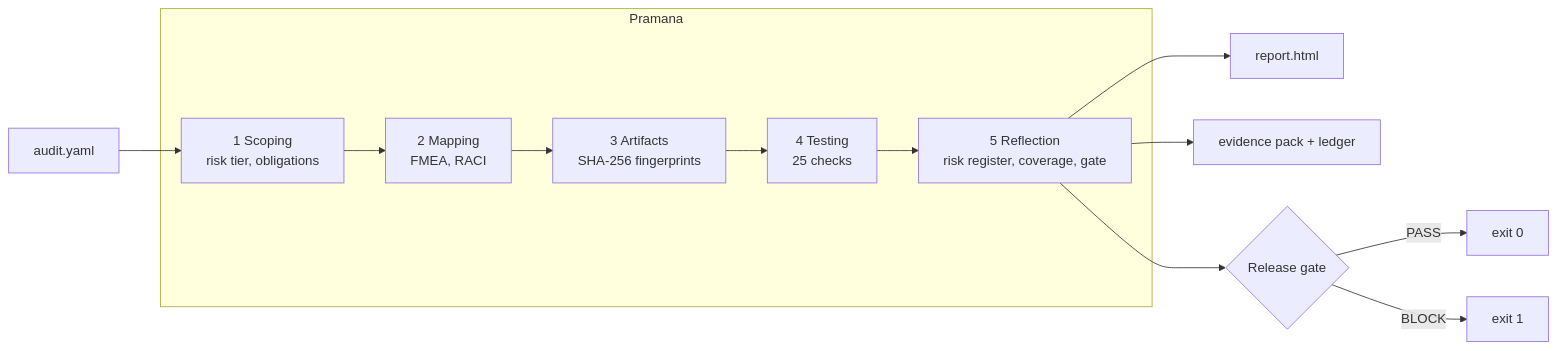
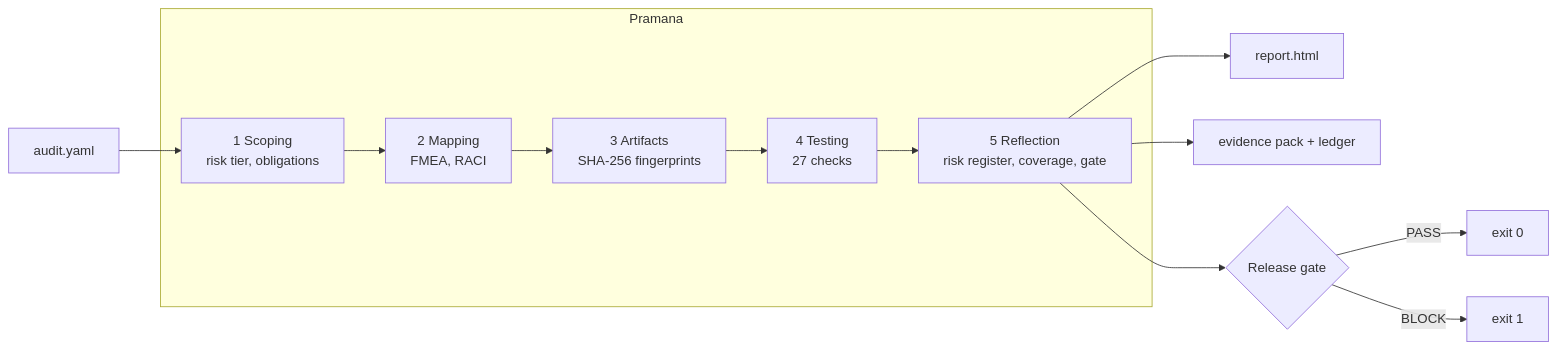
Before and after one commit to Tejascodz/pramana: the diagram in README.md, drawn with Mermaid. The commit also changed other lines of this file and 19 other files, not shown here.

````diff
--- a/README.md
+++ b/README.md
@@ -36,15 +36,15 @@
 ```mermaid
 flowchart LR
     S[audit.yaml] --> A
     subgraph Pramana
     A[1 Scoping<br/>risk tier, obligations] --> B[2 Mapping<br/>FMEA, RACI]
     B --> C[3 Artifacts<br/>SHA-256 fingerprints]
-    C --> D[4 Testing<br/>25 checks]
+    C --> D[4 Testing<br/>27 checks]
     D --> E[5 Reflection<br/>risk register, coverage, gate]
     end
     E --> R[report.html]
     E --> P[evidence pack + ledger]
     E --> G{Release gate}
     G -->|PASS| OK[exit 0]
     G -->|BLOCK| NO[exit 1]
 ```
````
